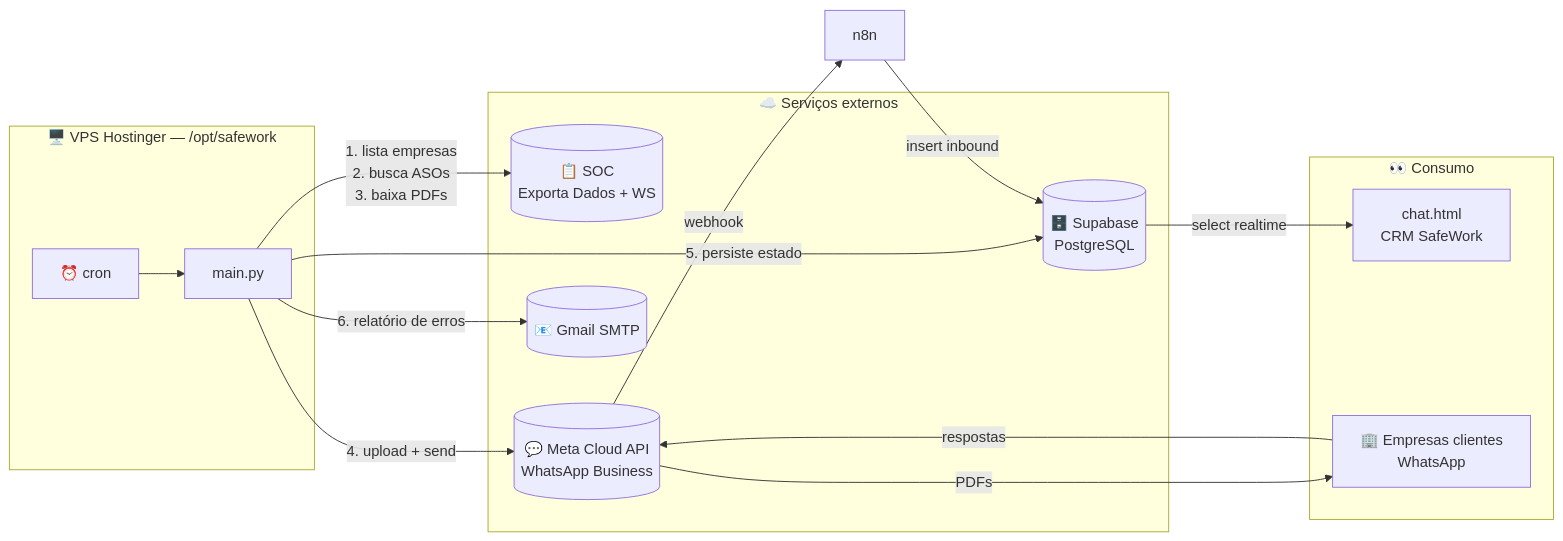
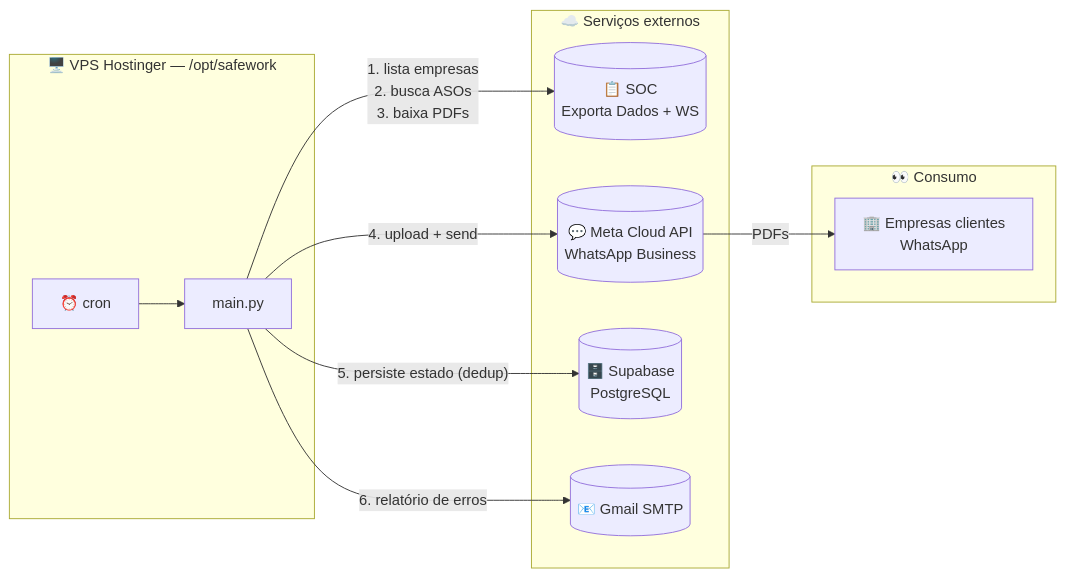
One commit to safehelp-agentes/Mensageria_ASOs changed the first of 6 diagrams in ARCHITECTURE.md. Above: the diagram before and after it, drawn with Mermaid. The commit also changed other lines of this file and 34 other files, not shown here.

````diff
--- a/ARCHITECTURE.md
+++ b/ARCHITECTURE.md
@@ -26,28 +25,23 @@
 ```mermaid
 graph LR
     subgraph SafeWork["🖥️ VPS Hostinger — /opt/safework"]
         Cron[⏰ cron] --> Main[main.py]
     end
 
     subgraph Externos["☁️ Serviços externos"]
         SOC[(📋 SOC<br/>Exporta Dados + WS)]
         Meta[(💬 Meta Cloud API<br/>WhatsApp Business)]
         SB[(🗄️ Supabase<br/>PostgreSQL)]
         Gmail[(📧 Gmail SMTP)]
     end
 
     subgraph Consumo["👀 Consumo"]
-        CRM[chat.html<br/>CRM SafeWork]
         Empresas[🏢 Empresas clientes<br/>WhatsApp]
     end
 
     Main -->|"1. lista empresas<br/>2. busca ASOs<br/>3. baixa PDFs"| SOC
     Main -->|"4. upload + send"| Meta
-    Main -->|"5. persiste estado"| SB
+    Main -->|"5. persiste estado (dedup)"| SB
     Main -->|"6. relatório de erros"| Gmail
     Meta -->|"PDFs"| Empresas
-    Empresas -->|"respostas"| Meta
-    Meta -->|"webhook"| N8N[n8n]
-    N8N -->|"insert inbound"| SB
-    SB -->|"select realtime"| CRM
 ```
````
